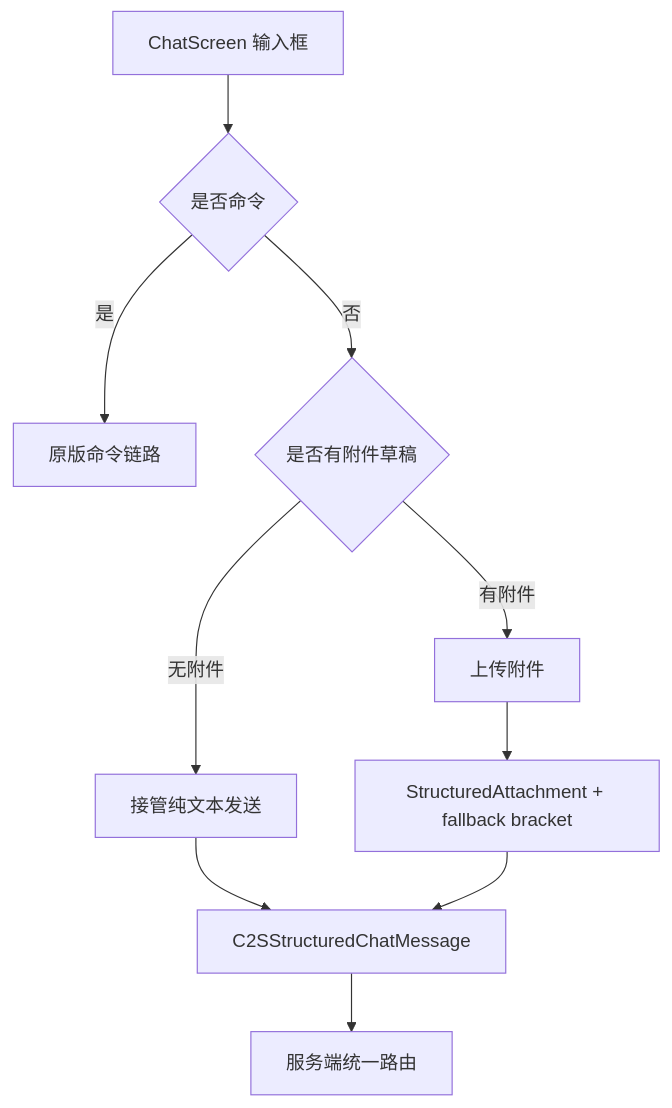
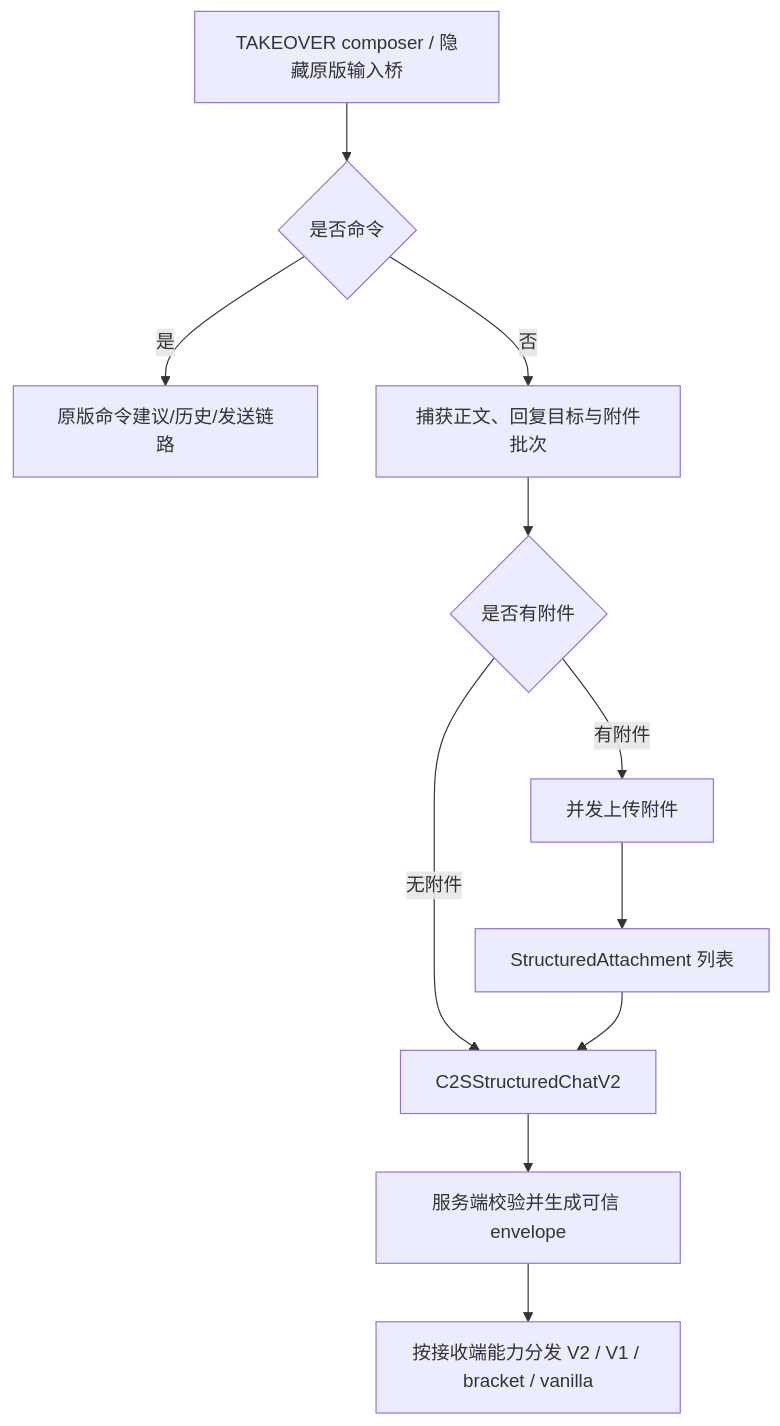
One commit to LoosePrince/chat-upgrade changed the first of 2 diagrams in docs/chat-pipeline.md. Above: the diagram before and after it, drawn with Mermaid. The commit also changed other lines of this file and 10 other files, not shown here.

````diff
--- a/docs/chat-pipeline.md
+++ b/docs/chat-pipeline.md
@@ -29,12 +29,13 @@
 ```mermaid
 flowchart TD
-    A[ChatScreen 输入框] --> B{是否命令}
-    B -- 是 --> C[原版命令链路]
-    B -- 否 --> D{是否有附件草稿}
-    D -- 无附件 --> E[接管纯文本发送]
-    D -- 有附件 --> F[上传附件]
-    E --> G[C2SStructuredChatMessage]
-    F --> H[StructuredAttachment + fallback bracket]
-    H --> G
-    G --> I[服务端统一路由]
+    A[TAKEOVER composer / 隐藏原版输入桥] --> B{是否命令}
+    B -- 是 --> C[原版命令建议/历史/发送链路]
+    B -- 否 --> D[捕获正文、回复目标与附件批次]
+    D --> E{是否有附件}
+    E -- 无附件 --> F[C2SStructuredChatV2]
+    E -- 有附件 --> G[并发上传附件]
+    G --> H[StructuredAttachment 列表]
+    H --> F
+    F --> I[服务端校验并生成可信 envelope]
+    I --> J[按接收端能力分发 V2 / V1 / bracket / vanilla]
 ```
````
